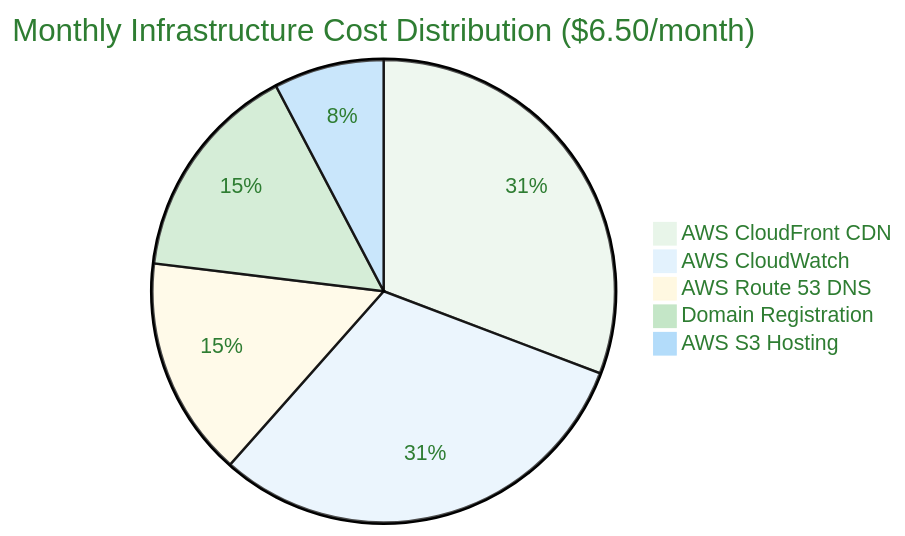
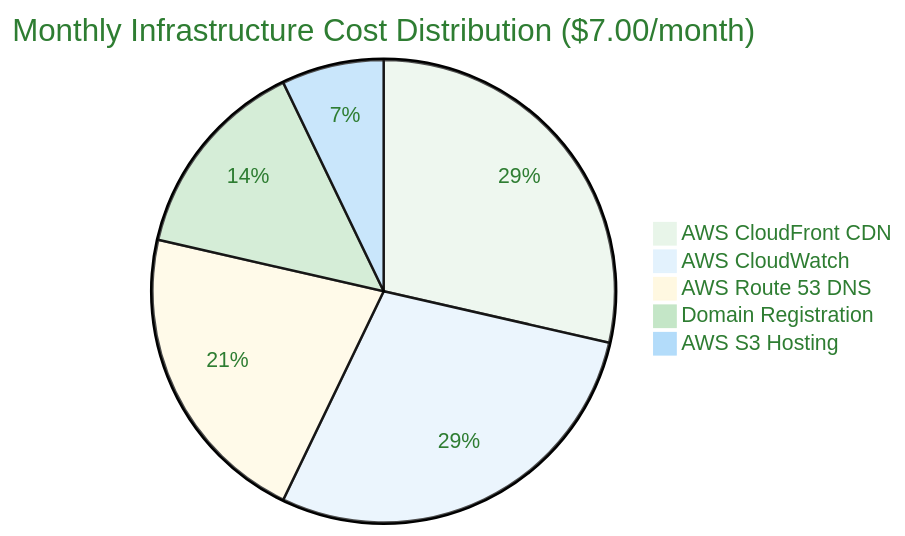
The first of 2 diagrams in FinancialSecurityPlan.md (Hack23/blacktrigram), drawn with Mermaid before and after one commit. The commit also changed other lines of this file and 1 other file, not shown here.

First line of the commit message:
Address round 4 PR review: add Route 53 health check cost, fix Node 24→26 timeline

````diff
--- a/FinancialSecurityPlan.md
+++ b/FinancialSecurityPlan.md
@@ -71,20 +71,20 @@
 ```mermaid
 %%{
   init: {
     'theme': 'base',
     'themeVariables': {
       'primaryColor': '#e8f5e9',
       'primaryTextColor': '#2e7d32',
       'lineColor': '#4caf50',
       'secondaryColor': '#e3f2fd',
       'tertiaryColor': '#fff8e1'
     }
   }
 }%%
-pie title Monthly Infrastructure Cost Distribution ($6.50/month)
+pie title Monthly Infrastructure Cost Distribution ($7.00/month)
     "AWS CloudFront CDN" : 2.00
     "AWS CloudWatch" : 2.00
-    "AWS Route 53 DNS" : 1.00
+    "AWS Route 53 DNS" : 1.50
     "Domain Registration" : 1.00
     "AWS S3 Hosting" : 0.50
 ```
````
